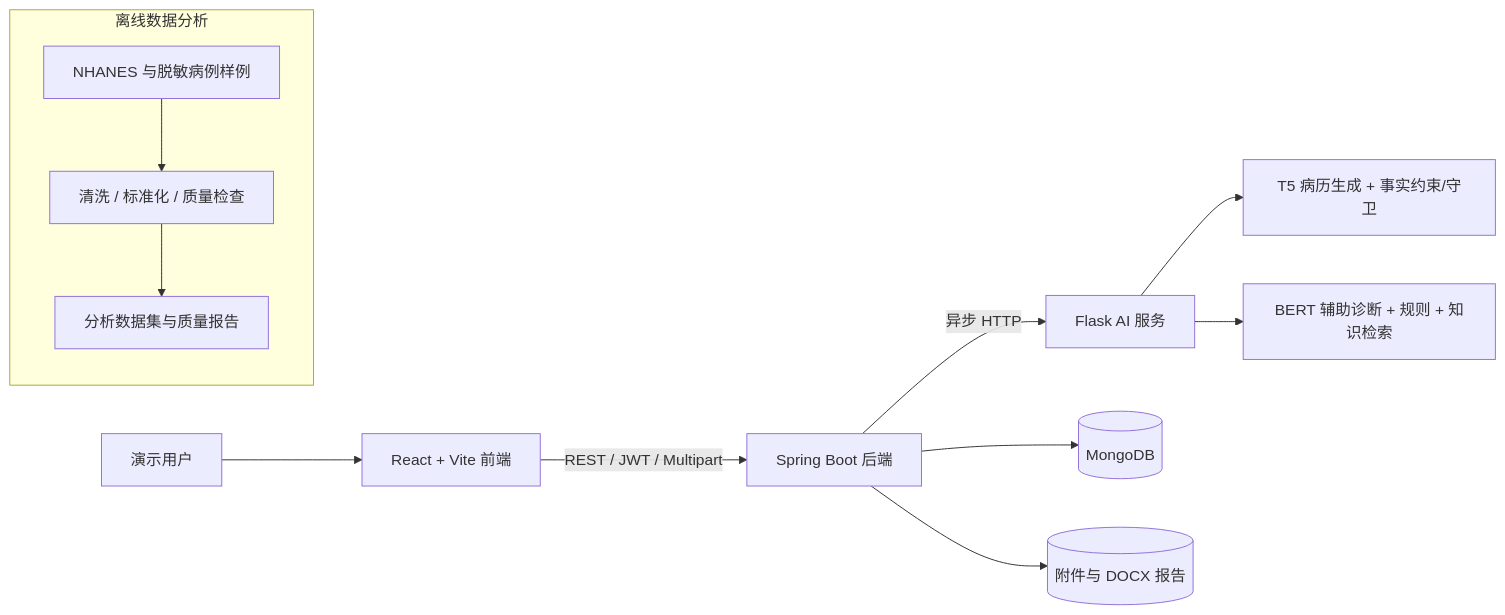
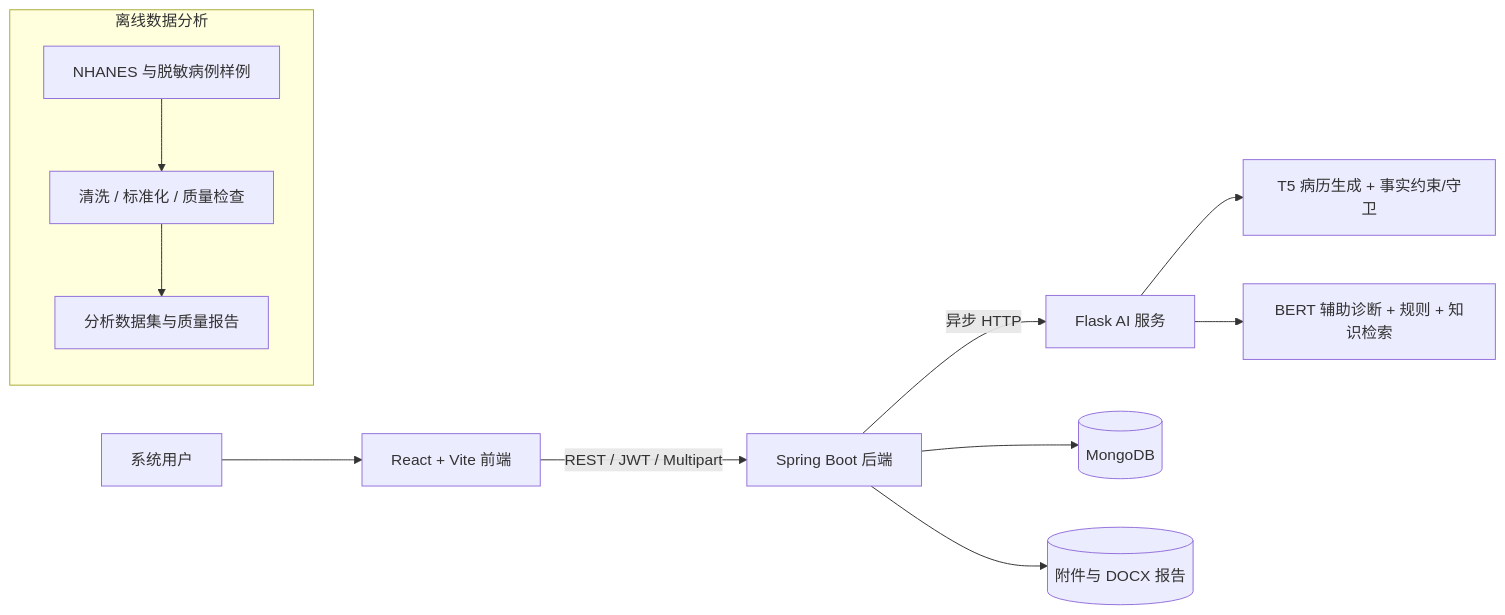
The diagram in README.md (liumumumumu/Medical-Record-System), drawn with Mermaid before and after one commit. The commit also changed other lines of this file and 3 other files, not shown here.

````diff
--- a/README.md
+++ b/README.md
@@ -47,15 +47,15 @@
 ```mermaid
 flowchart LR
-    U["演示用户"] --> F["React + Vite 前端"]
+    U["系统用户"] --> F["React + Vite 前端"]
     F -->|"REST / JWT / Multipart"| B["Spring Boot 后端"]
     B -->|"异步 HTTP"| A["Flask AI 服务"]
     B --> M[("MongoDB")]
     B --> S[("附件与 DOCX 报告")]
     A --> G["T5 病历生成 + 事实约束/守卫"]
     A --> H["BERT 辅助诊断 + 规则 + 知识检索"]
 
     subgraph Offline["离线数据分析"]
         D["NHANES 与脱敏病例样例"] --> P["清洗 / 标准化 / 质量检查"]
         P --> O["分析数据集与质量报告"]
     end
 ```
````
